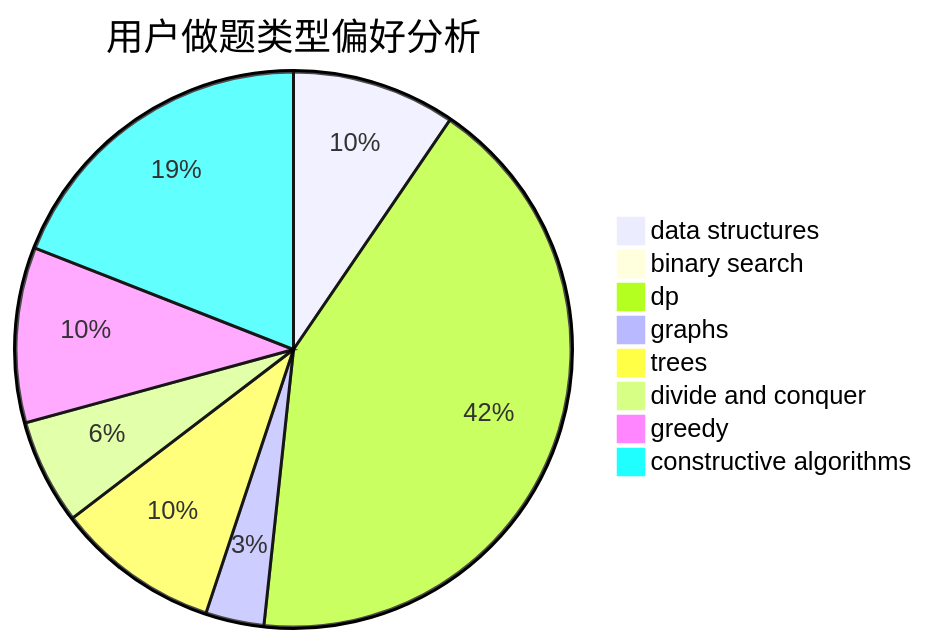
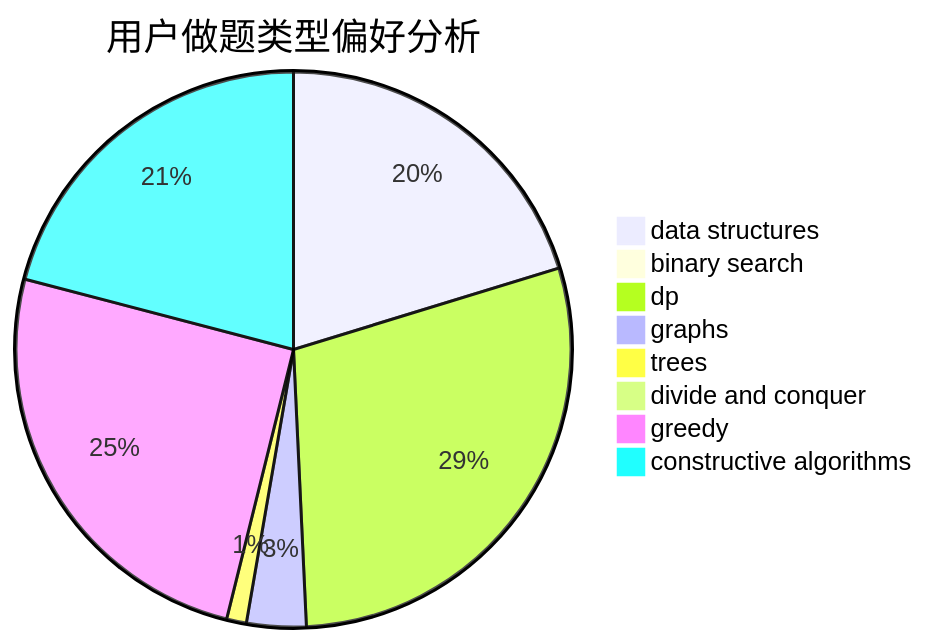
Before and after one commit to sherpahu/cfrs.github.io: the second of 3 diagrams in docs/user/u2692.md, drawn with Mermaid. The commit also changed other lines of this file and 2770 other files, not shown here.

````diff
--- a/docs/user/u2692.md
+++ b/docs/user/u2692.md
@@ -23,11 +23,11 @@
 ```mermaid
 pie title 用户做题类型偏好分析
-    "data structures" :  14
+    "data structures" :  123
     "binary search" :  0
-    "dp" :  62
-    "graphs" :  5
-    "trees" :  14
-    "divide and conquer" :  9
-    "greedy" :  15
-    "constructive algorithms" :  28
+    "dp" :  176
+    "graphs" :  21
+    "trees" :  7
+    "divide and conquer" :  0
+    "greedy" :  153
+    "constructive algorithms" :  127
 ```
````
